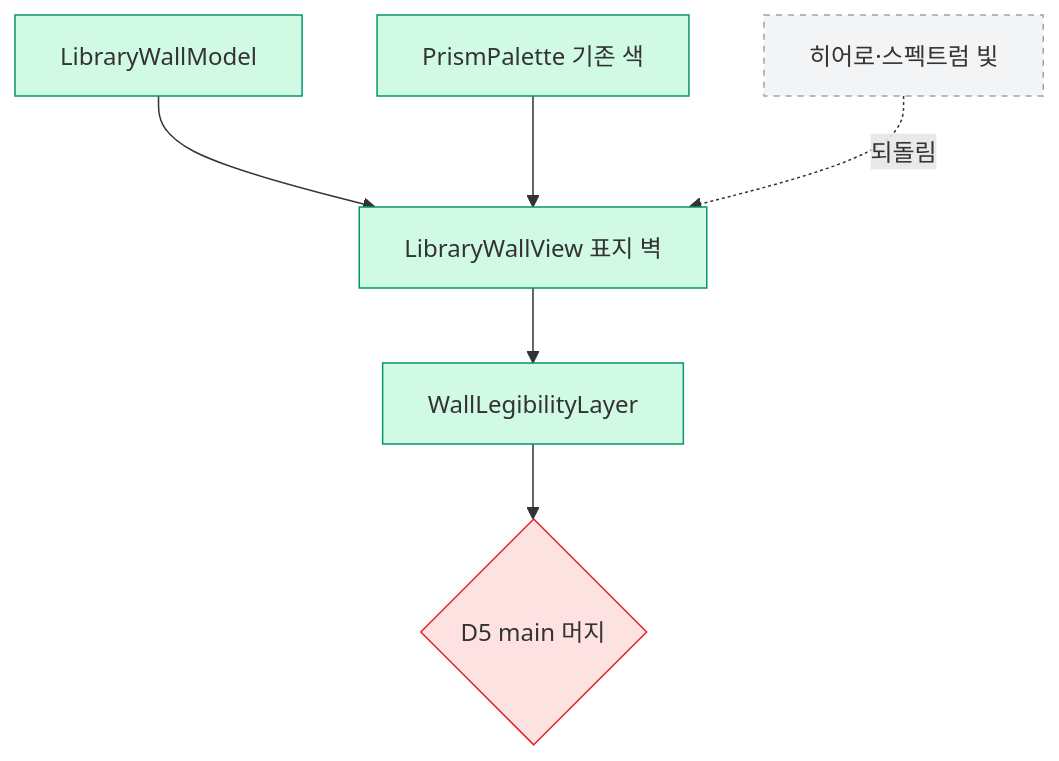
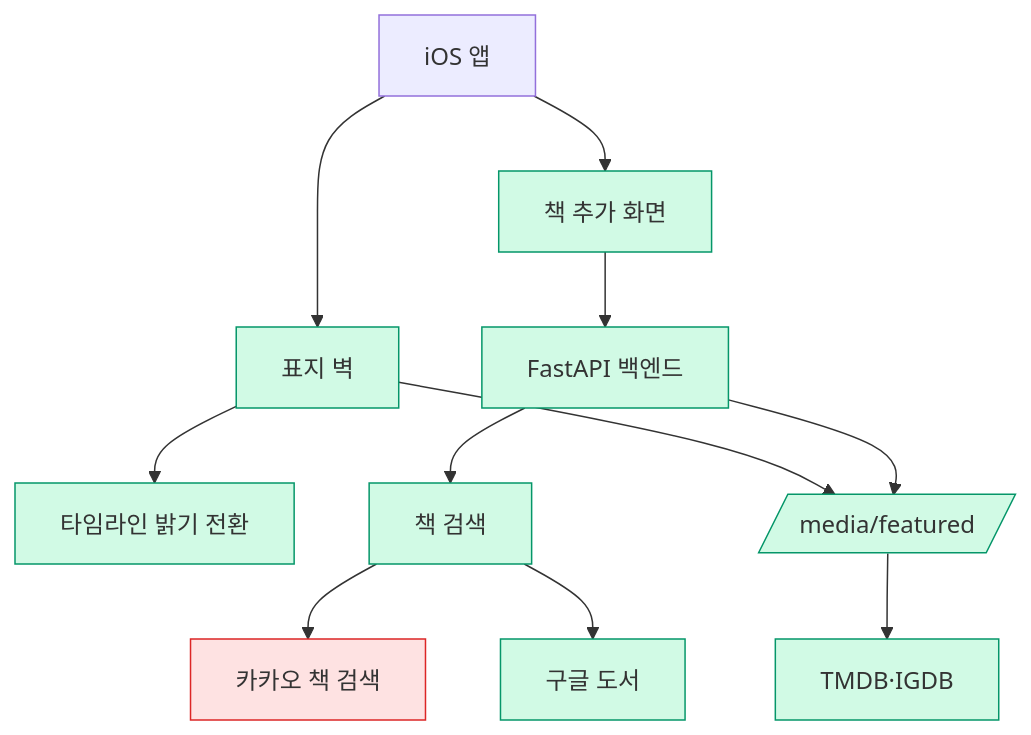
Before and after one commit to Nedian0Brien/PrismLog: the diagram in .sitrep/sessions/20261117-2250-ios-v2-phase0/arch.mmd, drawn with Mermaid. The commit also changed 10 other files, not shown here.

```diff
--- a/.sitrep/sessions/20261117-2250-ios-v2-phase0/arch.mmd
+++ b/.sitrep/sessions/20261117-2250-ios-v2-phase0/arch.mmd
@@ -1,15 +1,21 @@
 flowchart TD
-  MODEL[LibraryWallModel]:::done
-  VIEW[LibraryWallView 표지 벽]:::done
-  LEG[WallLegibilityLayer]:::done
-  PAL[PrismPalette 기존 색]:::done
-  ALT[히어로·스펙트럼 빛]:::todo
-  D5{D5 main 머지}:::decide
-  MODEL --> VIEW --> LEG
-  PAL --> VIEW
-  ALT -. 되돌림 .-> VIEW
-  LEG --> D5
+  App[iOS 앱]
+  Sheet[책 추가 화면]:::done
+  Wall[표지 벽]:::done
+  TL[타임라인 밝기 전환]:::done
+  API[FastAPI 백엔드]:::done
+  Books[책 검색]:::done
+  Kakao[카카오 책 검색]:::decide
+  Google[구글 도서]:::done
+  Featured[/media/featured/]:::done
+  TMDB[TMDB·IGDB]:::done
+  App --> Sheet --> API
+  App --> Wall --> TL
+  Wall --> Featured
+  API --> Books --> Kakao
+  Books --> Google
+  API --> Featured --> TMDB
   classDef done fill:#d1fae5,stroke:#059669
   classDef doing fill:#fef3c7,stroke:#d97706
   classDef decide fill:#fee2e2,stroke:#dc2626
   classDef todo fill:#f3f4f6,stroke:#9ca3af,stroke-dasharray:4
```
